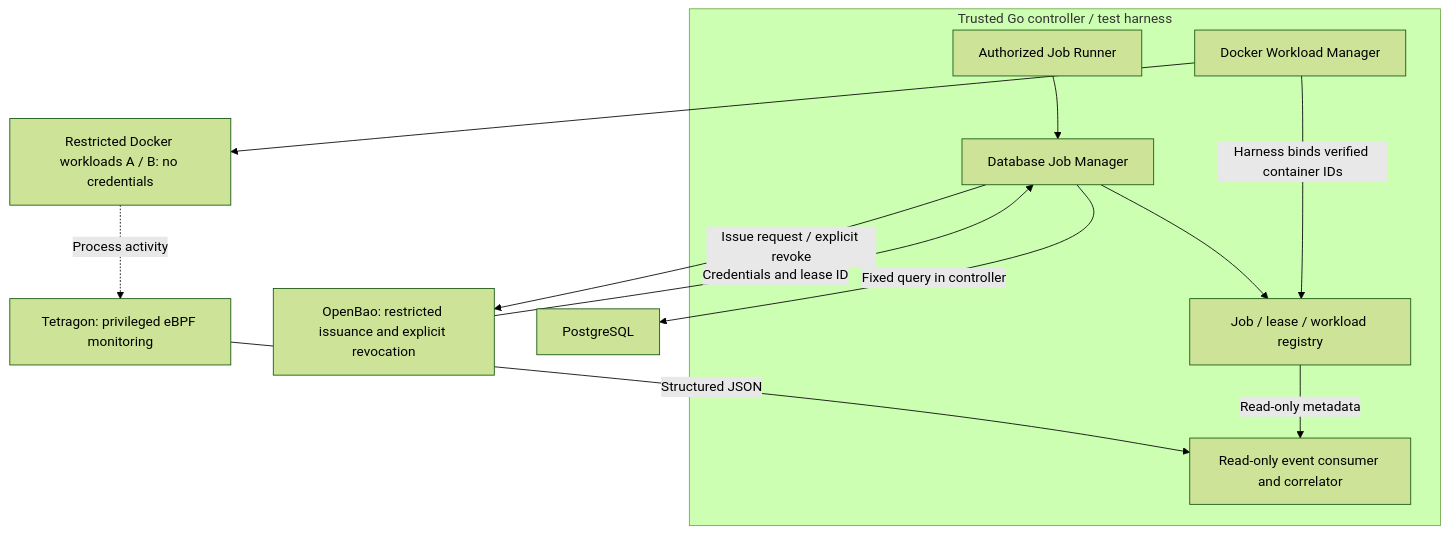
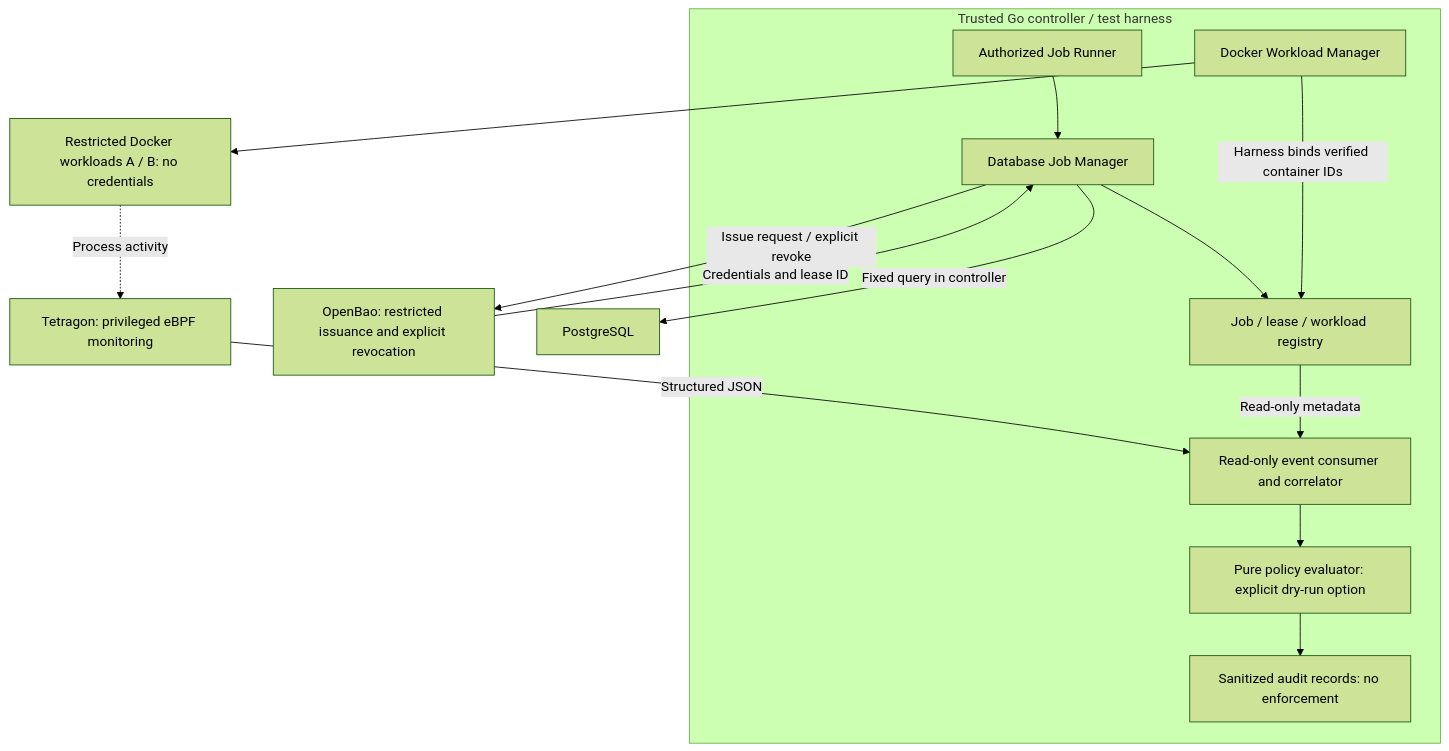
Before and after one commit to grdamico/runawaybao: the diagram in README.md, drawn with Mermaid (forest theme). The commit also changed other lines of this file and 23 other files, not shown here.

Commit message:
feat: add dry-run runtime security policy evaluation

````diff
--- a/README.md
+++ b/README.md
@@ -16,24 +18,28 @@
 ```mermaid
 flowchart TB
     subgraph Controller["Trusted Go controller / test harness"]
         Runner["Authorized Job Runner"]
         Manager["Database Job Manager"]
         Registry["Job / lease / workload registry"]
         Launcher["Docker Workload Manager"]
         Observer["Read-only event consumer and correlator"]
+        Policy["Pure policy evaluator: explicit dry-run option"]
+        Audit["Sanitized audit records: no enforcement"]
     end
     Bao["OpenBao: restricted issuance and explicit revocation"]
     PG["PostgreSQL"]
     Jobs["Restricted Docker workloads A / B: no credentials"]
     Tetragon["Tetragon: privileged eBPF monitoring"]
     Runner --> Manager
     Manager -->|"Issue request / explicit revoke"| Bao
     Bao -->|"Credentials and lease ID"| Manager
     Manager -->|"Fixed query in controller"| PG
     Manager --> Registry
     Launcher -->|"Harness binds verified container IDs"| Registry
     Launcher --> Jobs
     Jobs -.->|"Process activity"| Tetragon
     Tetragon -->|"Structured JSON"| Observer
     Registry -->|"Read-only metadata"| Observer
+    Observer --> Policy
+    Policy --> Audit
 ```
````
